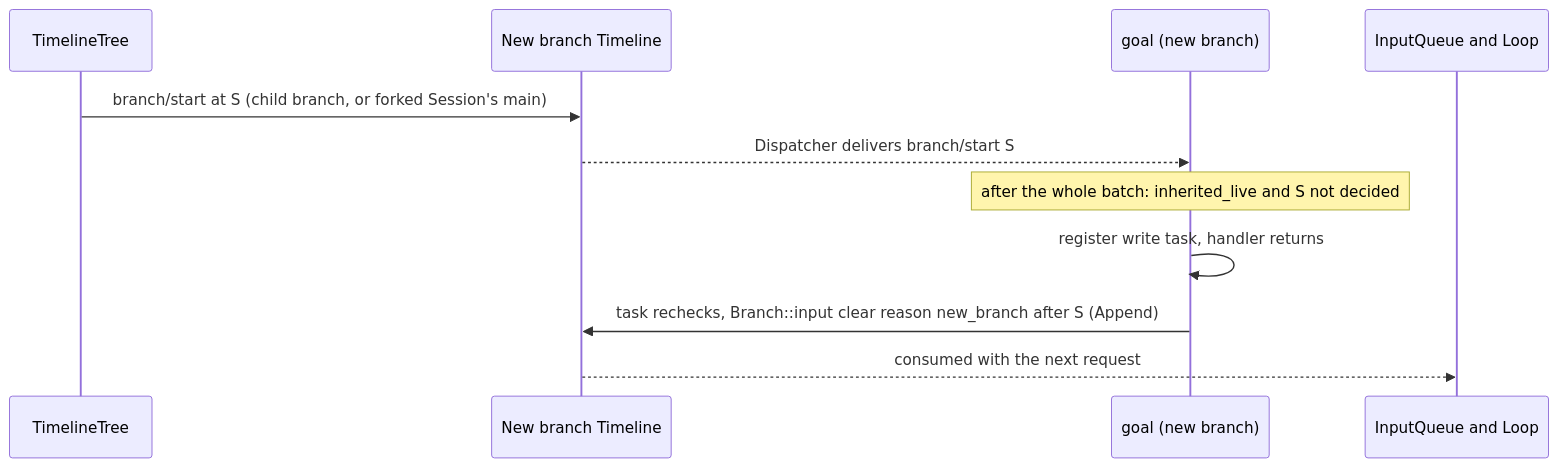
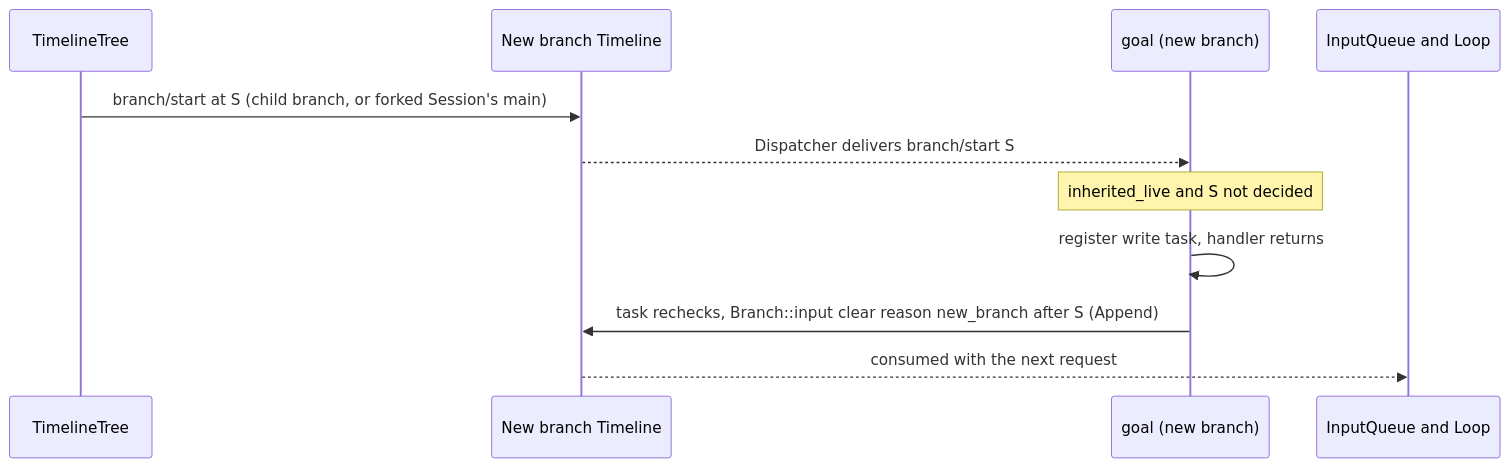
The sixth of 7 diagrams in docs/design/plugins/Goal.md (CoutinhoTTS/dim-agent), drawn with Mermaid before and after one commit. The commit also changed other lines of this file and 9 other files, not shown here.

````diff
--- a/docs/design/plugins/Goal.md
+++ b/docs/design/plugins/Goal.md
@@ -166,13 +166,13 @@
 ```mermaid
 sequenceDiagram
   participant TT as TimelineTree
   participant TL as New branch Timeline
   participant G as goal (new branch)
   participant IQ as InputQueue and Loop
   TT->>TL: branch/start at S (child branch, or forked Session's main)
   TL-->>G: Dispatcher delivers branch/start S
-  Note over G: after the whole batch: inherited_live and S not decided
+  Note over G: inherited_live and S not decided
   G->>G: register write task, handler returns
   G->>TL: task rechecks, Branch::input clear reason new_branch after S (Append)
   TL-->>IQ: consumed with the next request
 ```
````
